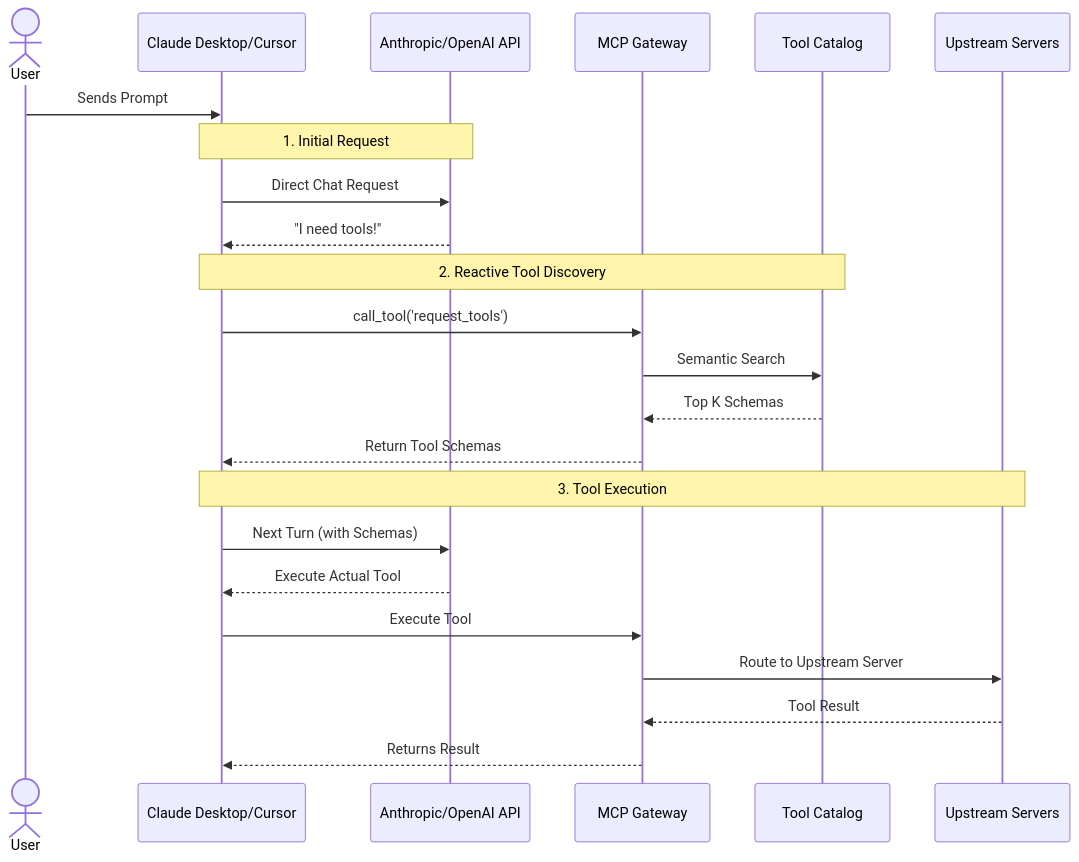
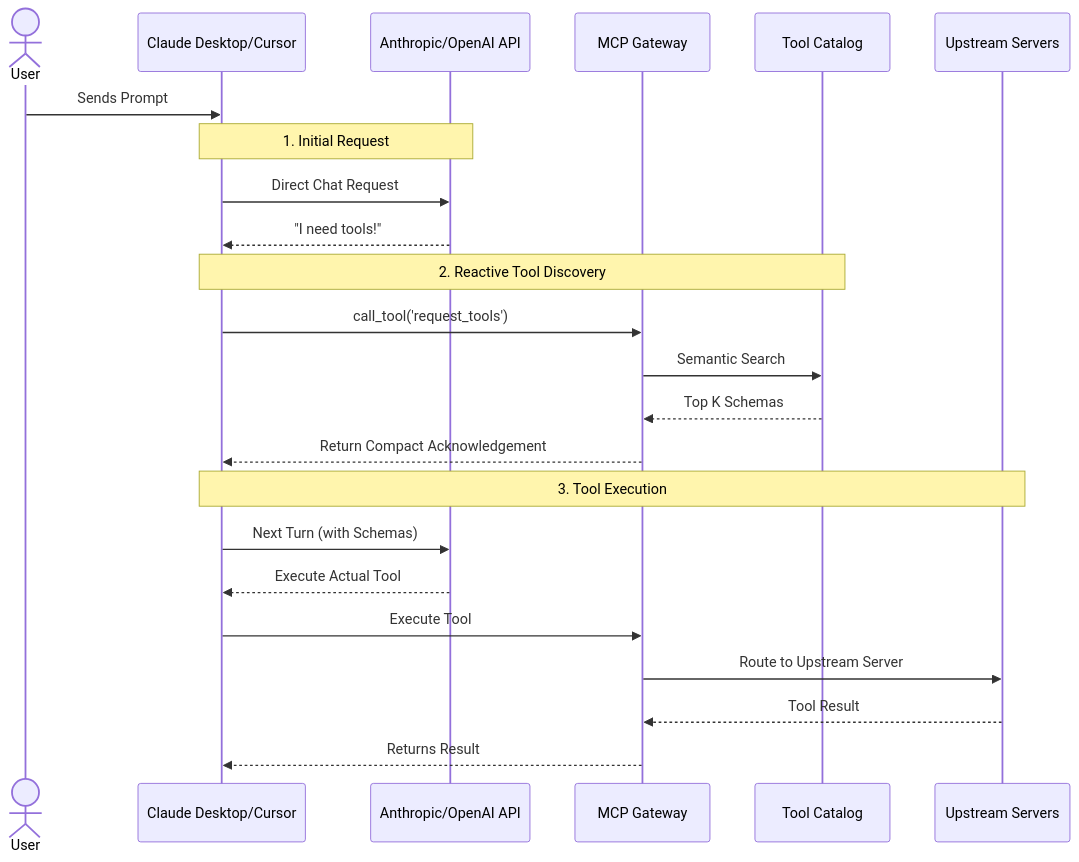
The fourth of 4 diagrams in README.md (igiamronit/justbetter-mcp), drawn with Mermaid before and after one commit. The commit also changed other lines of this file and 2 other files, not shown here.

Commit message:
docs(readme): update architecture modes and add token efficiency case studies

````diff
--- a/README.md
+++ b/README.md
@@ -118,29 +118,29 @@
 ```mermaid
 sequenceDiagram
     actor User
     participant Client as Claude Desktop/Cursor
     participant LLM as Anthropic/OpenAI API
     participant MCP as MCP Gateway
     participant DB as Tool Catalog
     participant Upstream as Upstream Servers
 
     User->>Client: Sends Prompt
     
     note over Client,LLM: 1. Initial Request
     Client->>LLM: Direct Chat Request
     LLM-->>Client: "I need tools!"
     
     note over Client,DB: 2. Reactive Tool Discovery
     Client->>MCP: call_tool('request_tools')
     MCP->>DB: Semantic Search
     DB-->>MCP: Top K Schemas
-    MCP-->>Client: Return Tool Schemas
+    MCP-->>Client: Return Compact Acknowledgement
     
     note over Client,Upstream: 3. Tool Execution
     Client->>LLM: Next Turn (with Schemas)
     LLM-->>Client: Execute Actual Tool
     Client->>MCP: Execute Tool
     MCP->>Upstream: Route to Upstream Server
     Upstream-->>MCP: Tool Result
     MCP-->>Client: Returns Result
 ```
````
